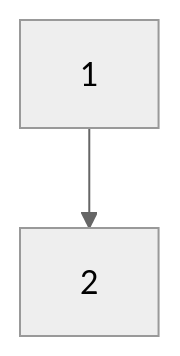
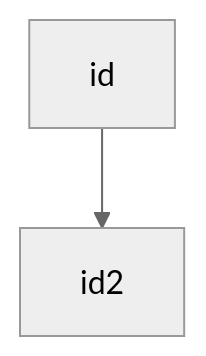
Before and after one commit to kuku0508/kuku_note_ver_2: the diagram in 知識/程式語言/Mermaid/語法/流程圖/邊目錄/方向.md, drawn with Mermaid (neutral theme). The commit also changed 1 other file, not shown here.

Commit message:
vault backup: 2025-04-22 10:55:22

````diff
--- a/知識/程式語言/Mermaid/語法/流程圖/邊目錄/方向.md
+++ b/知識/程式語言/Mermaid/語法/流程圖/邊目錄/方向.md
@@ -2,4 +2,4 @@
 ```mermaid
 flowchart TD
-1 --> 2
+id --> id2
 ```
````
